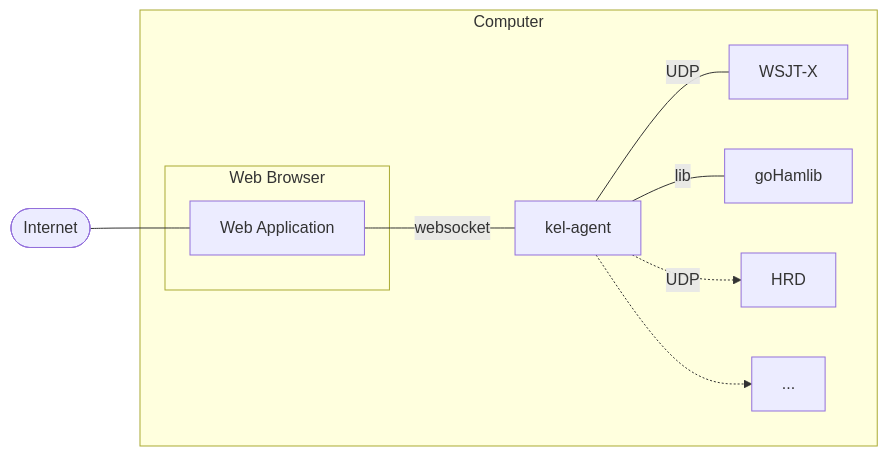
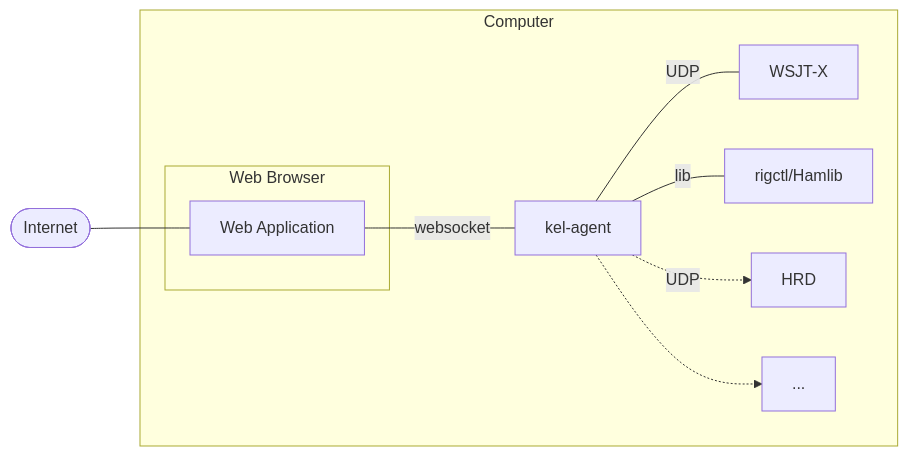
The diagram in README.md (k0swe/kel-agent), drawn with Mermaid before and after one commit.

Commit message:
Align README diagram labels with Hamlib support wording

````diff
--- a/README.md
+++ b/README.md
@@ -11,19 +11,19 @@
 ```mermaid
 flowchart LR
     Internet([Internet]) --- Application[Web Application]
     subgraph Computer
         subgraph Browser[Web Browser]
             Application
         end
         agent[kel-agent]
         WSJTX[WSJT-X]
-        rigctld[goHamlib]
+        rigctld[rigctl/Hamlib]
         HRD[HRD]
         etc[...]
     end
     Application ---|websocket| agent
     agent ---|UDP| WSJTX
     agent ---|lib| rigctld
     agent -.->|UDP| HRD
     agent -.-> etc
 ```
````
